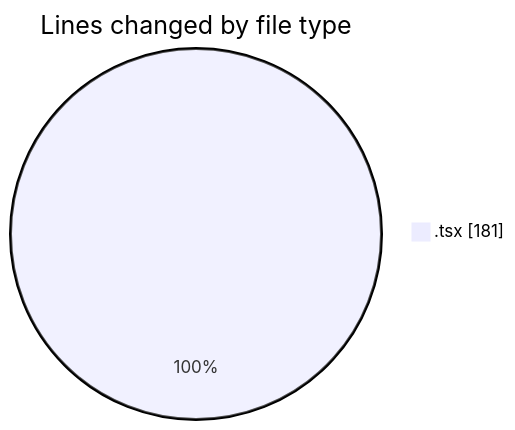
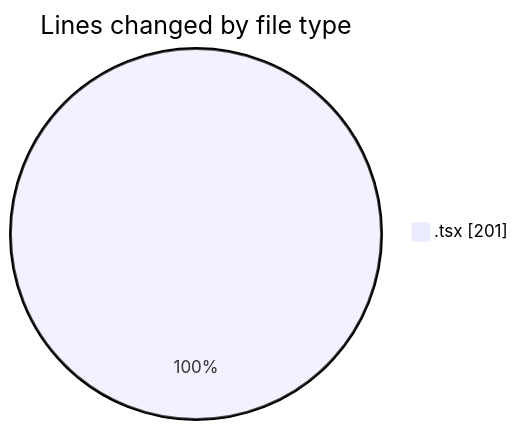
Before and after one commit to momahboobian/code-tracking: the first of 2 diagrams in 2025-06-12/cda/README.md, drawn with Mermaid. The commit also changed other lines of this file and 1 other file, not shown here.

````diff
--- a/2025-06-12/cda/README.md
+++ b/2025-06-12/cda/README.md
@@ -20,5 +20,5 @@
 ```mermaid
 pie showData
 title Lines changed by file type
-".tsx" : 181
+".tsx" : 201
 ```
````
